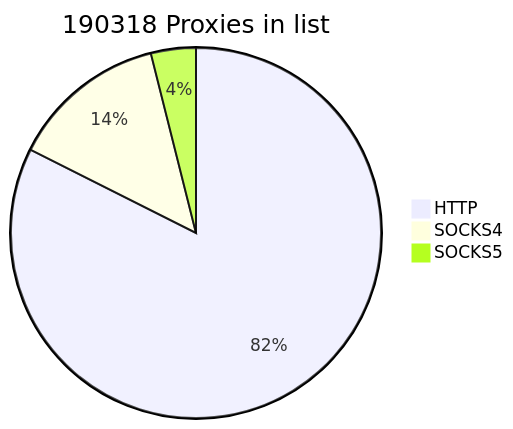
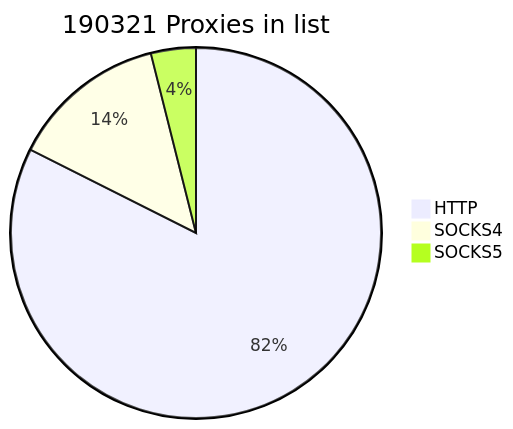
Before and after one commit to cutipu/proxylist: the first of 2 diagrams in README.md, drawn with Mermaid. The commit also changed other lines of this file, not shown here.

````diff
--- a/README.md
+++ b/README.md
@@ -2,7 +2,7 @@
 ```mermaid
-pie title 190318 Proxies in list
-    "HTTP" : 156872
-    "SOCKS4" : 25981
-    "SOCKS5" : 7465
+pie title 190321 Proxies in list
+    "HTTP" : 156873
+    "SOCKS4" : 25982
+    "SOCKS5" : 7466
             
 ```
````
